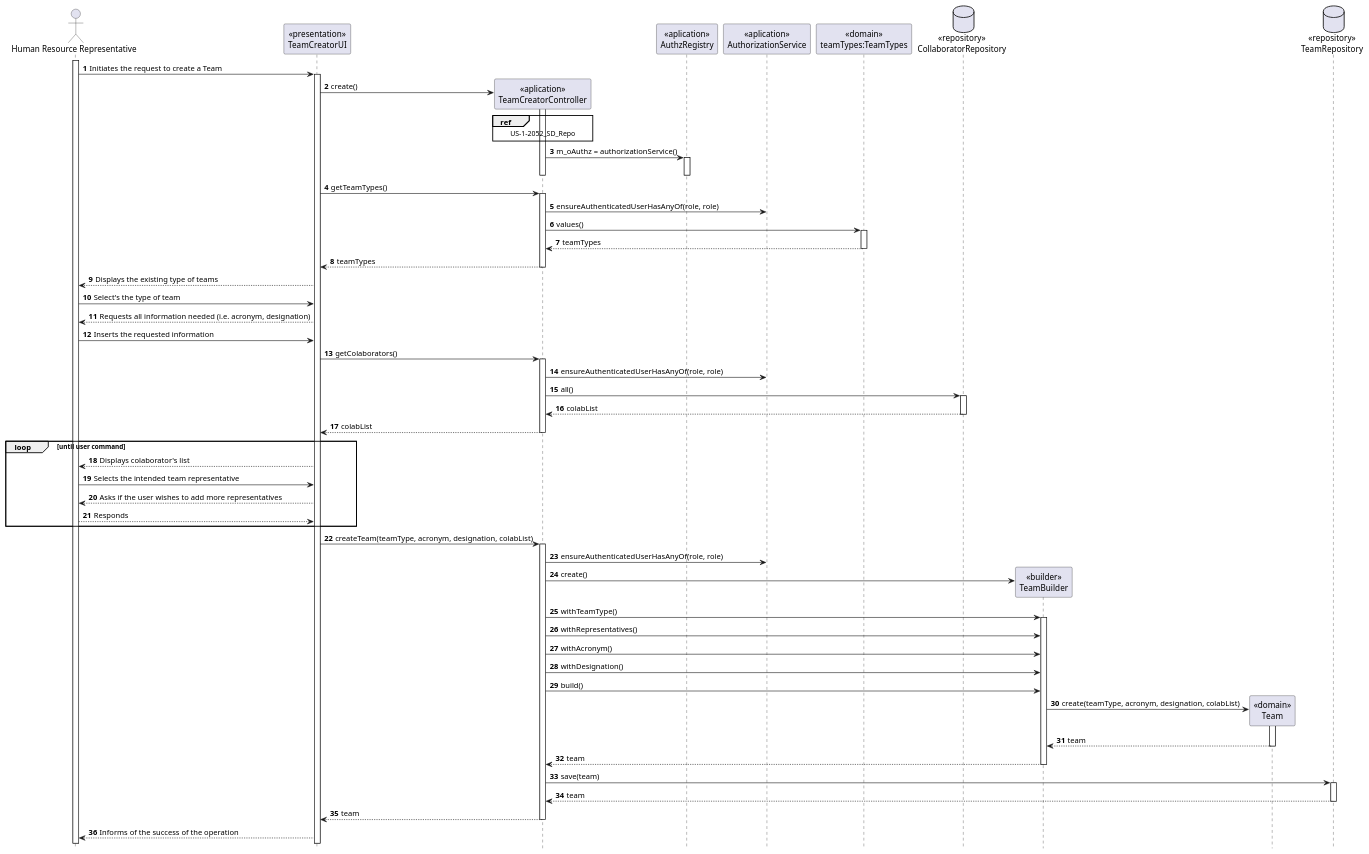
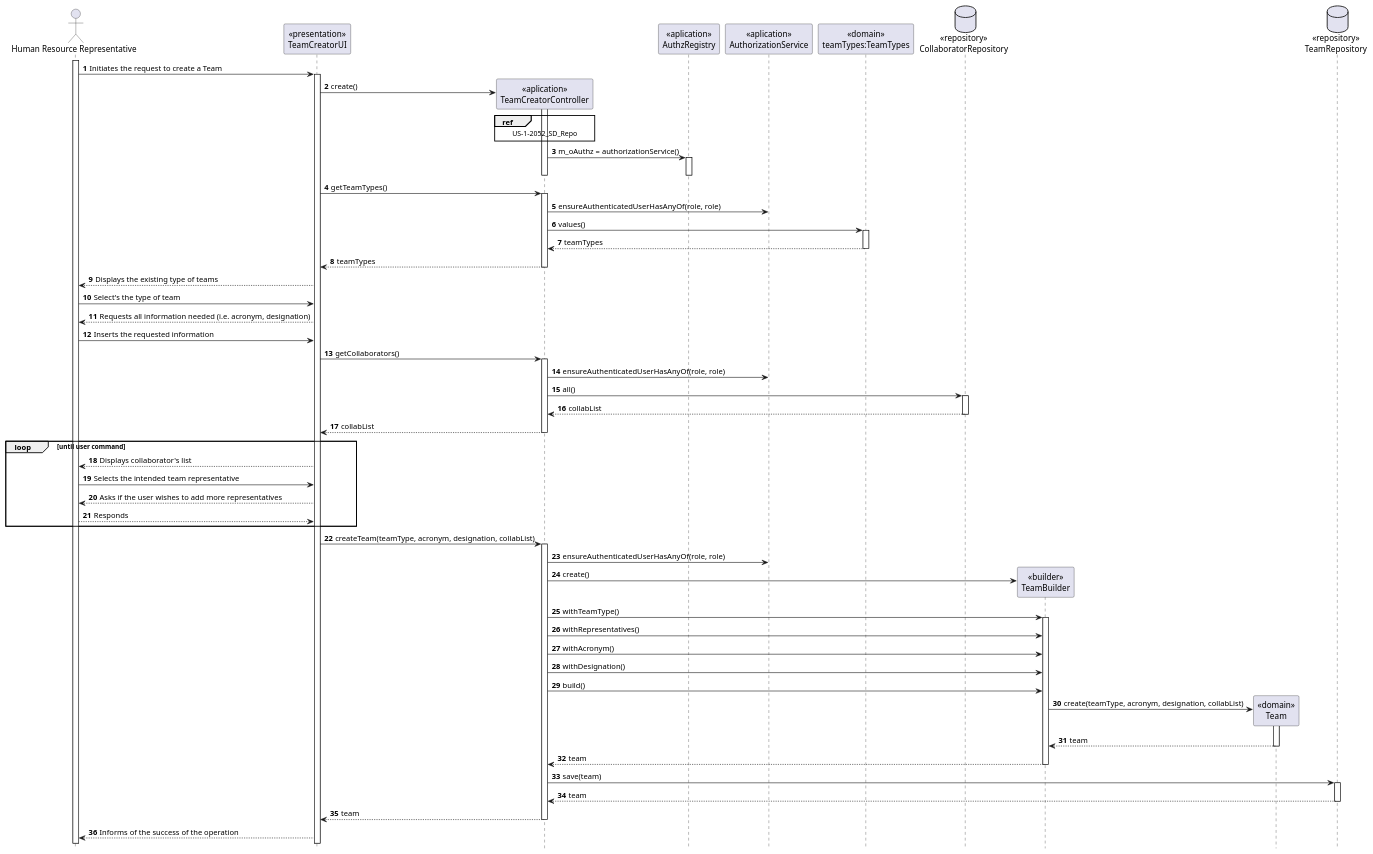
The diagram in doc/engenharia/SprintB/1191460/US-1-2052_CreateTeam/US-1-2052_SD.puml (tiagoavcosta25/LAPR4), drawn with PlantUML before and after one commit. The commit also changed 1 other file, not shown here.

Commit message:
LAPR4-78 #analysis #fixing Colaborator to Collaborator

```diff
--- a/doc/engenharia/SprintB/1191460/US-1-2052_CreateTeam/US-1-2052_SD.puml
+++ b/doc/engenharia/SprintB/1191460/US-1-2052_CreateTeam/US-1-2052_SD.puml
@@ -1,118 +1,118 @@
 @startuml
 autonumber
 hide footbox
 
 actor "Human Resource Representative" as HRR
 
 participant "<<presentation>>\nTeamCreatorUI" as UI
 participant "<<aplication>>\nTeamCreatorController" as CTRL
 participant "<<aplication>>\nAuthzRegistry" as AUTHR
 participant "<<aplication>>\nAuthorizationService" as AUTH
 participant "<<domain>>\nteamTypes:TeamTypes" as TT
 database "<<repository>>\nCollaboratorRepository" as CR
 participant "<<builder>>\nTeamBuilder" as TB
 participant "<<domain>>\nTeam" as TEAM
 database "<<repository>>\nTeamRepository" as TR
 
 activate HRR
 HRR -> UI : Initiates the request to create a Team
 
 activate UI
 UI -> CTRL** : create()
 
 activate CTRL
 ref over CTRL
 US-1-2052_SD_Repo
 end ref
 
 CTRL -> AUTHR : m_oAuthz = authorizationService()
 activate AUTHR
 deactivate CTRL
 deactivate AUTHR
 
 UI -> CTRL : getTeamTypes()
 
 activate CTRL
 CTRL -> AUTH : ensureAuthenticatedUserHasAnyOf(role, role)
 CTRL -> TT : values()
 
 activate TT
 TT --> CTRL : teamTypes
 deactivate TT
 
 CTRL --> UI : teamTypes
 deactivate CTRL
 
 UI --> HRR : Displays the existing type of teams
 
 HRR -> UI : Select's the type of team
 
 UI --> HRR : Requests all information needed (i.e. acronym, designation)
 
 HRR -> UI : Inserts the requested information
 
-UI -> CTRL : getColaborators()
+UI -> CTRL : getCollaborators()
 
 activate CTRL
 CTRL -> AUTH : ensureAuthenticatedUserHasAnyOf(role, role)
 CTRL -> CR : all()
 
 activate CR
-CR --> CTRL : colabList
+CR --> CTRL : collabList
 
 deactivate CR
-CTRL --> UI : colabList
+CTRL --> UI : collabList
 deactivate CTRL
 
 
 loop until user command
-UI --> HRR : Displays colaborator's list
+UI --> HRR : Displays collaborator's list
 
 HRR -> UI : Selects the intended team representative
 
 UI --> HRR : Asks if the user wishes to add more representatives
 
 HRR --> UI : Responds
 end
 
-UI -> CTRL : createTeam(teamType, acronym, designation, colabList)
+UI -> CTRL : createTeam(teamType, acronym, designation, collabList)
 
 activate CTRL
 CTRL -> AUTH : ensureAuthenticatedUserHasAnyOf(role, role)
 CTRL -> TB** : create()
 CTRL -> TB : withTeamType()
 
 activate TB
 
 CTRL -> TB : withRepresentatives()
 CTRL -> TB : withAcronym()
 CTRL -> TB : withDesignation()
 CTRL -> TB : build()
 
-TB -> TEAM** : create(teamType, acronym, designation, colabList)
+TB -> TEAM** : create(teamType, acronym, designation, collabList)
 
 activate TEAM
 TEAM --> TB : team
 deactivate TEAM
 
 TB --> CTRL : team
 deactivate TB
 
 CTRL -> TR : save(team)
 
 activate TR
 TR --> CTRL : team
 deactivate TR
 
 CTRL --> UI : team
 deactivate CTRL
 
 UI --> HRR : Informs of the success of the operation
 
 
 
 
 
 
 
 @enduml
```
